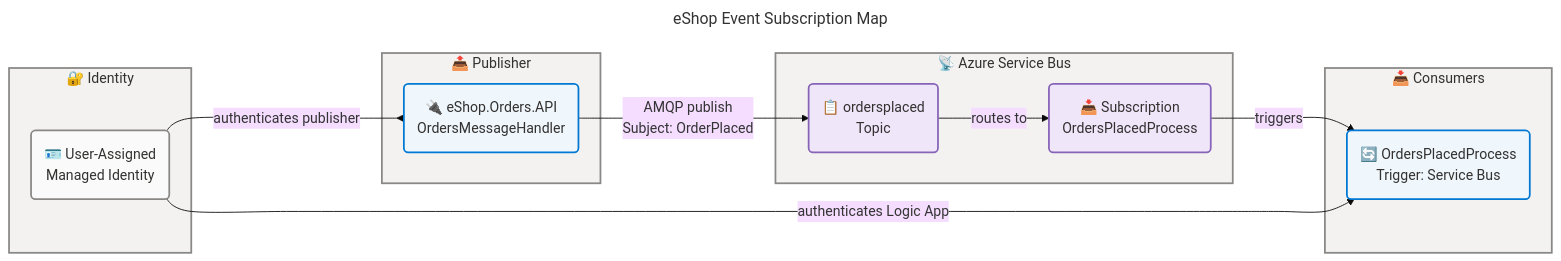
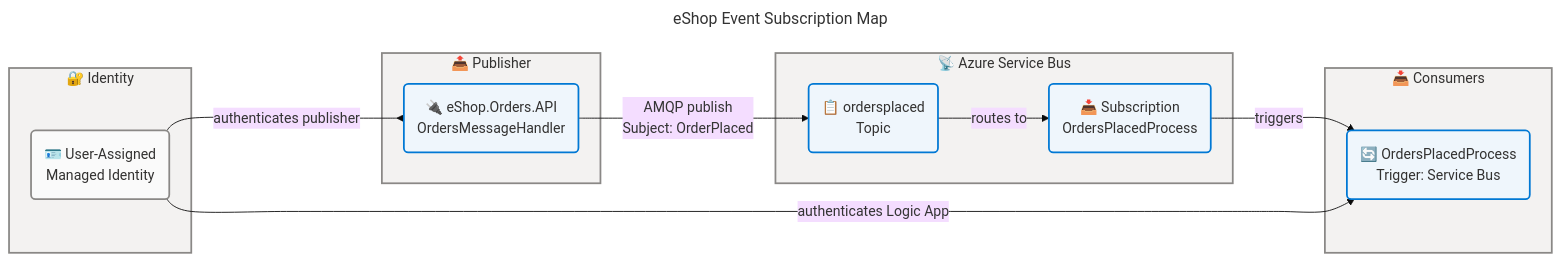
One commit to Evilazaro/Azure-LogicApps-Monitoring changed the ninth of 9 diagrams in docs/architecture/application-architecture.md. Above: the diagram before and after it, drawn with Mermaid. The commit also changed other lines of this file, not shown here.

Commit message:
style: Update class definitions in architecture diagrams to use 'neutral' for data elements

````diff
--- a/docs/architecture/application-architecture.md
+++ b/docs/architecture/application-architecture.md
@@ -1906,61 +1903,60 @@
 ```mermaid
 ---
 title: eShop Event Subscription Map
 config:
   theme: base
   look: classic
   layout: dagre
   themeVariables:
     fontSize: '16px'
   flowchart:
     htmlLabels: true
     curve: cardinal
 ---
 flowchart LR
     accTitle: eShop Event Subscription Map
     accDescr: Shows event publishers, the Service Bus broker, event subscribers, and the MSI authentication used for all connections. WCAG AA compliant.
 
     %% ═══════════════════════════════════════════════════════════════════════════
     %% AZURE / FLUENT ARCHITECTURE PATTERN v1.1
     %% (Semantic + Structural + Font + Accessibility Governance)
     %% ═══════════════════════════════════════════════════════════════════════════
     %% PHASE 1 - FLUENT UI: All styling uses approved Fluent UI palette only
     %% PHASE 2 - GROUPS: Every subgraph has semantic color via style directive
     %% PHASE 3 - COMPONENTS: Every node has semantic classDef + icon prefix
     %% PHASE 4 - ACCESSIBILITY: accTitle/accDescr present, WCAG AA contrast
     %% PHASE 5 - STANDARD: Governance block present, classDefs centralized
     %% ═══════════════════════════════════════════════════════════════════════════
 
     subgraph PUB["📤 Publisher"]
         API("🔌 eShop.Orders.API<br>OrdersMessageHandler"):::core
     end
 
     subgraph BROKER["📡 Azure Service Bus"]
-        TOPIC("📋 ordersplaced<br>Topic"):::data
-        SUB("📥 Subscription<br>OrdersPlacedProcess"):::data
+        TOPIC("📋 ordersplaced<br>Topic"):::core
+        SUB("📥 Subscription<br>OrdersPlacedProcess"):::core
     end
 
     subgraph SUB_CONSUMERS["📥 Consumers"]
         LA_P("🔄 OrdersPlacedProcess<br>Trigger: Service Bus"):::core
     end
 
     subgraph AUTH["🔐 Identity"]
         MSI("🪪 User-Assigned<br>Managed Identity"):::neutral
     end
 
     API -->|"AMQP publish<br>Subject: OrderPlaced"| TOPIC
     TOPIC -->|"routes to"| SUB
     SUB -->|"triggers"| LA_P
     MSI -->|"authenticates publisher"| API
     MSI -->|"authenticates Logic App"| LA_P
 
     style PUB fill:#F3F2F1,stroke:#8A8886,stroke-width:2px,color:#323130
     style BROKER fill:#F3F2F1,stroke:#8A8886,stroke-width:2px,color:#323130
     style SUB_CONSUMERS fill:#F3F2F1,stroke:#8A8886,stroke-width:2px,color:#323130
     style AUTH fill:#F3F2F1,stroke:#8A8886,stroke-width:2px,color:#323130
 
     %% Centralized classDefs
     classDef neutral fill:#FAFAFA,stroke:#8A8886,stroke-width:2px,color:#323130
     classDef core fill:#EFF6FC,stroke:#0078D4,stroke-width:2px,color:#323130
-    classDef data fill:#F0E6FA,stroke:#8764B8,stroke-width:2px,color:#323130
 ```
````
